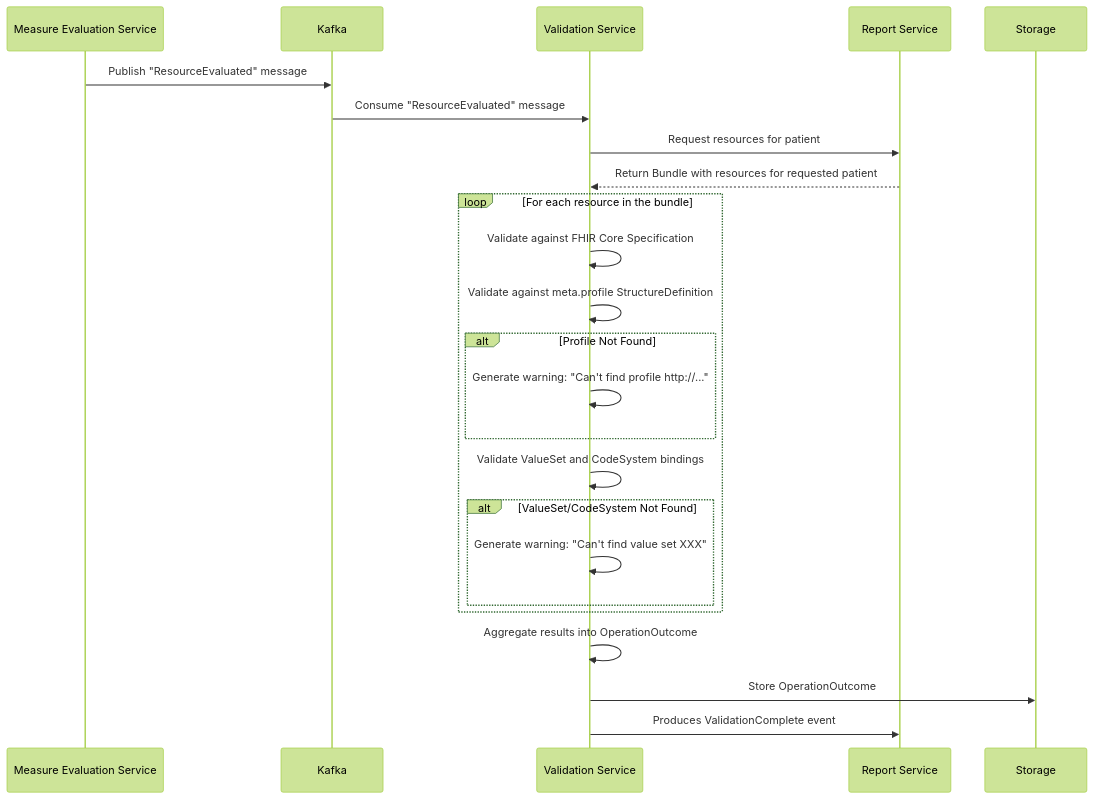
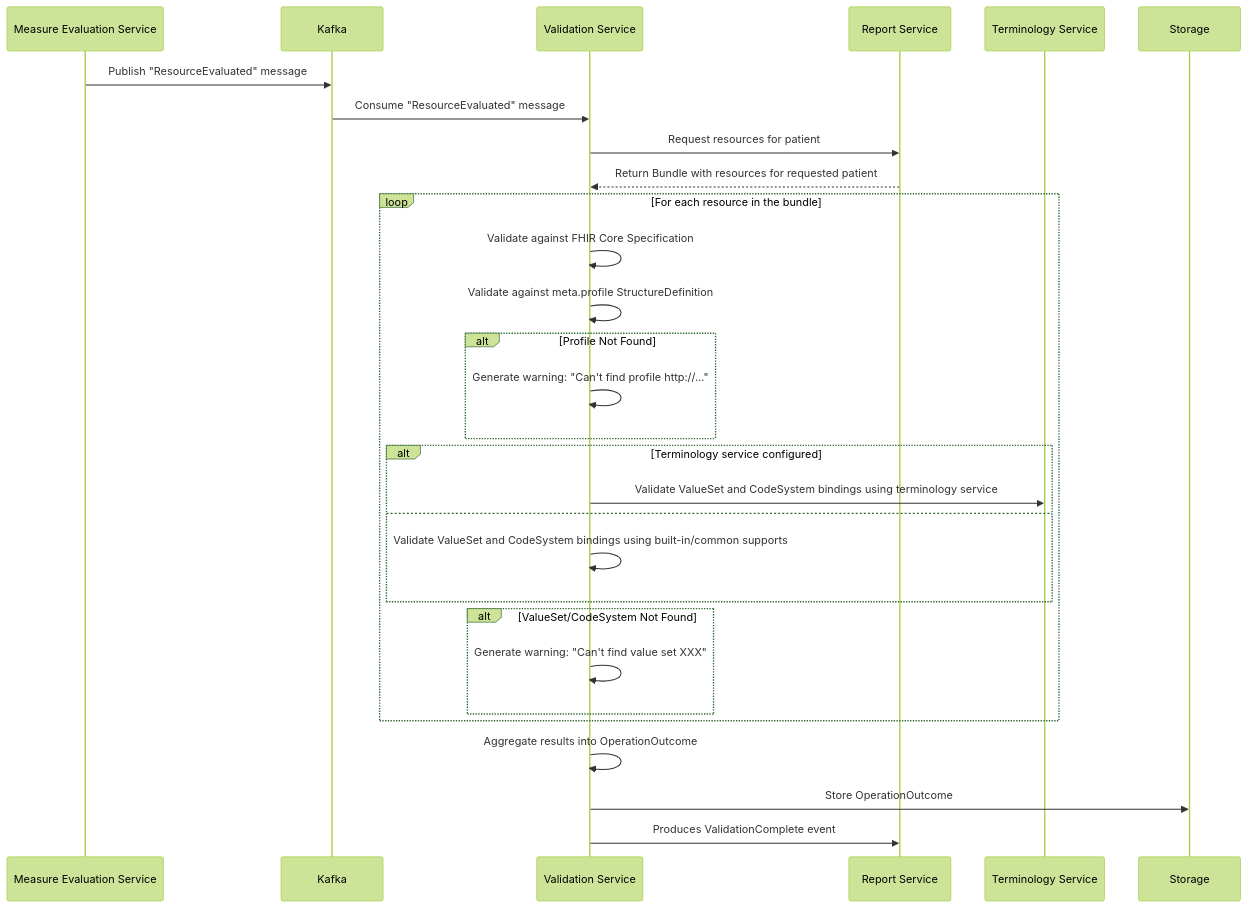
Before and after one commit to lantanagroup/link-cloud: the diagram in docs/domains/Compliance/services/ValidationService/index.mdx, drawn with Mermaid (forest theme). The commit also changed other lines of this file and 4 other files, not shown here.

````diff
--- a/docs/domains/Compliance/services/ValidationService/index.mdx
+++ b/docs/domains/Compliance/services/ValidationService/index.mdx
@@ -176,26 +185,31 @@
 ```mermaid
 sequenceDiagram
     participant MES as Measure Evaluation Service
     participant Kafka as Kafka
     participant VS as Validation Service
     participant RS as Report Service
+    participant TX as Terminology Service
 
     MES->>Kafka: Publish "ResourceEvaluated" message
     Kafka->>VS: Consume "ResourceEvaluated" message
     VS->>RS: Request resources for patient
     RS-->>VS: Return Bundle with resources for requested patient
     loop For each resource in the bundle
         VS->>VS: Validate against FHIR Core Specification
         VS->>VS: Validate against meta.profile StructureDefinition
         alt Profile Not Found
             VS->>VS: Generate warning: "Can't find profile http://..."
         end
-        VS->>VS: Validate ValueSet and CodeSystem bindings
+        alt Terminology service configured
+            VS->>TX: Validate ValueSet and CodeSystem bindings using terminology service
+        else
+            VS->>VS: Validate ValueSet and CodeSystem bindings using built-in/common supports
+        end
         alt ValueSet/CodeSystem Not Found
             VS->>VS: Generate warning: "Can't find value set XXX"
         end
     end
     VS->>VS: Aggregate results into OperationOutcome
     VS->>Storage: Store OperationOutcome
     VS->>RS: Produces ValidationComplete event
 ```
````
